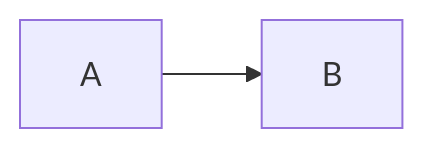
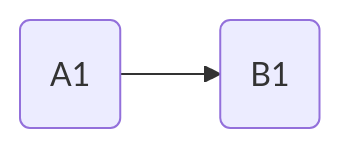
The second of 3 diagrams in readme.md (cowboyai/cim-start), drawn with Mermaid before and after one commit. The commit also changed other lines of this file and 1 other file, not shown here.

````diff
--- a/readme.md
+++ b/readme.md
@@ -24,4 +52,4 @@
 ```mermaid
 graph LR
-    A --> B
+    A1("A1") --> B1("B1")
 ```
````
